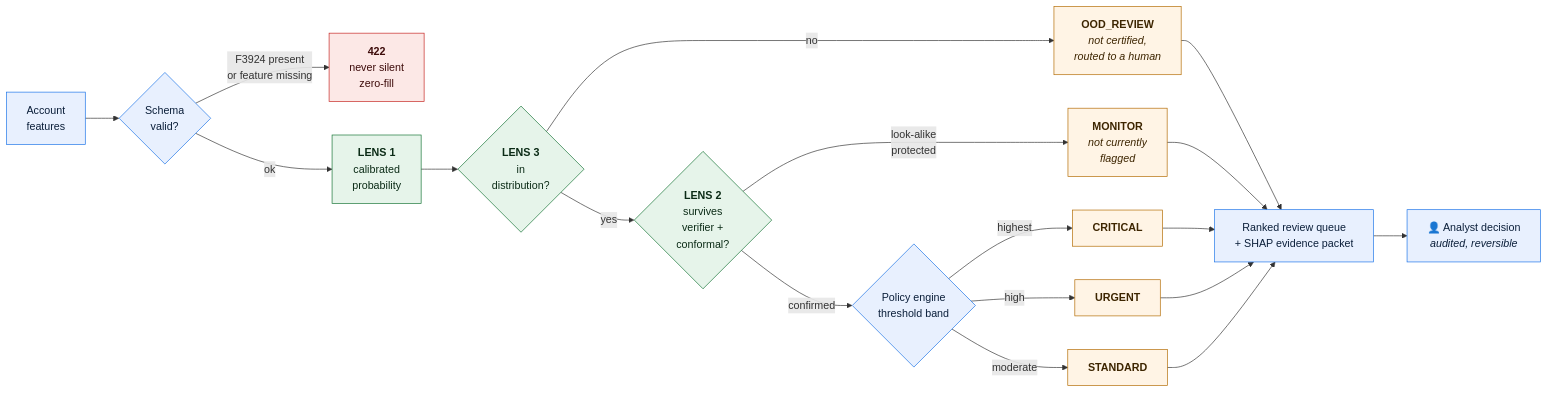
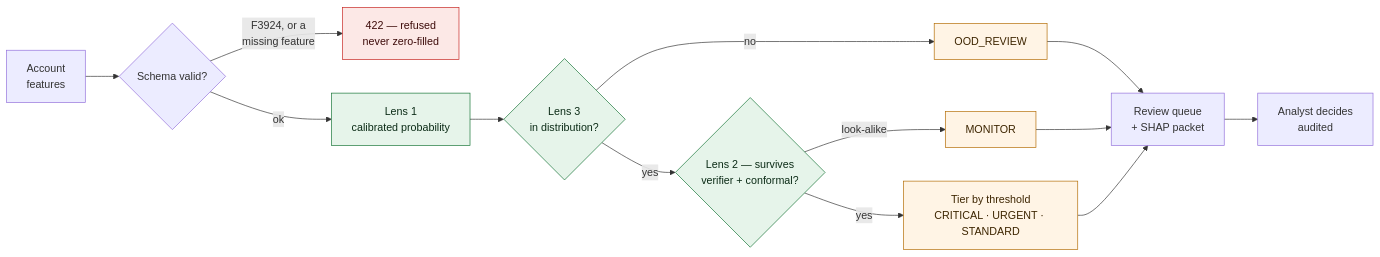
The second of 3 diagrams in README.md (Hardik182005/BOI_hackathon), drawn with Mermaid before and after one commit. The commit also changed other lines of this file, not shown here.

First line of the commit message:
docs(readme): simplify architecture diagrams, drop tagline

````diff
--- a/README.md
+++ b/README.md
@@ -184,30 +150,23 @@
 ```mermaid
 flowchart LR
-    IN["Account<br/>features"] --> SCHEMA{"Schema<br/>valid?"}
-    SCHEMA -->|"F3924 present<br/>or feature missing"| REJ["<b>422</b><br/>never silent<br/>zero-fill"]
-    SCHEMA -->|ok| D["<b>LENS 1</b><br/>calibrated<br/>probability"]
-
-    D --> OOD{"<b>LENS 3</b><br/>in<br/>distribution?"}
-    OOD -->|no| TOOD["<b>OOD_REVIEW</b><br/><i>not certified,<br/>routed to a human</i>"]
-    OOD -->|yes| V{"<b>LENS 2</b><br/>survives<br/>verifier +<br/>conformal?"}
-
-    V -->|"look-alike<br/>protected"| TMON["<b>MONITOR</b><br/><i>not currently<br/>flagged</i>"]
-    V -->|confirmed| TIER{"Policy engine<br/>threshold band"}
-
-    TIER -->|highest| T1["<b>CRITICAL</b>"]
-    TIER -->|high| T2["<b>URGENT</b>"]
-    TIER -->|moderate| T3["<b>STANDARD</b>"]
-
-    T1 & T2 & T3 & TOOD & TMON --> Q["Ranked review queue<br/>+ SHAP evidence packet"]
-    Q --> A["👤 Analyst decision<br/><i>audited, reversible</i>"]
+    A["Account<br/>features"] --> B{"Schema valid?"}
+    B -->|"F3924, or a<br/>missing feature"| R["422 — refused<br/>never zero-filled"]
+    B -->|ok| C["Lens 1<br/>calibrated probability"]
+    C --> D{"Lens 3<br/>in distribution?"}
+    D -->|no| T4["OOD_REVIEW"]
+    D -->|yes| E{"Lens 2 — survives<br/>verifier + conformal?"}
+    E -->|"look-alike"| T5["MONITOR"]
+    E -->|yes| F["Tier by threshold<br/>CRITICAL · URGENT · STANDARD"]
+    F --> Q["Review queue<br/>+ SHAP packet"]
+    T4 --> Q
+    T5 --> Q
+    Q --> Z["Analyst decides<br/>audited"]
 
     classDef rej fill:#fce8e6,stroke:#c5221f,color:#3d0b0a
     classDef lens fill:#e6f4ea,stroke:#137333,color:#0b2b16
     classDef tier fill:#fff4e5,stroke:#b26a00,color:#3d2500
-    classDef ok fill:#e8f0fe,stroke:#1a73e8,color:#0b1f3a
 
-    class REJ rej
-    class D,OOD,V lens
-    class T1,T2,T3,TOOD,TMON tier
-    class Q,A,IN,SCHEMA,TIER ok
+    class R rej
+    class C,D,E lens
+    class F,T4,T5 tier
 ```
````
